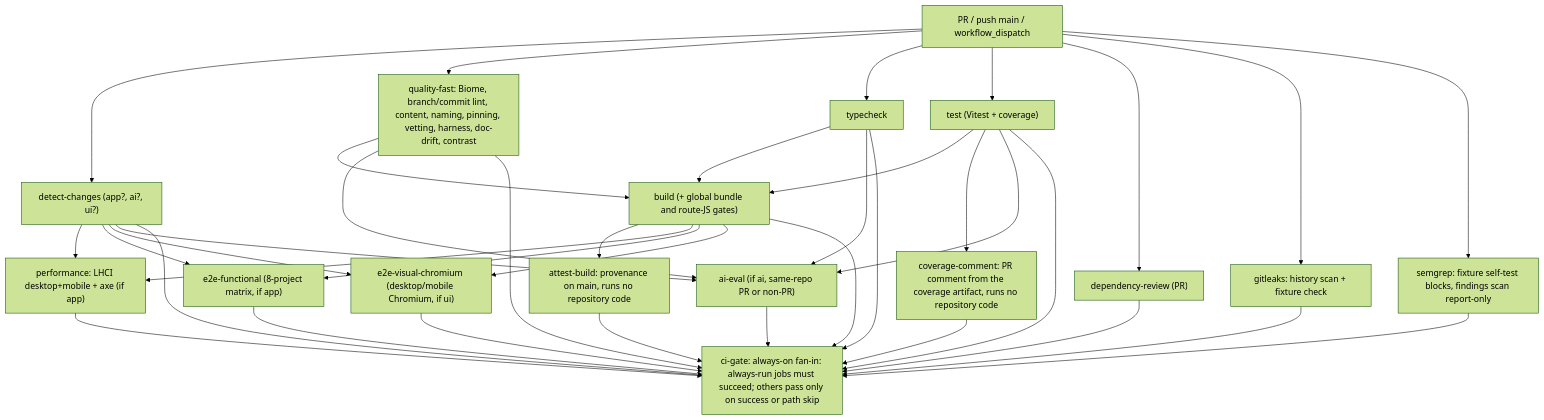
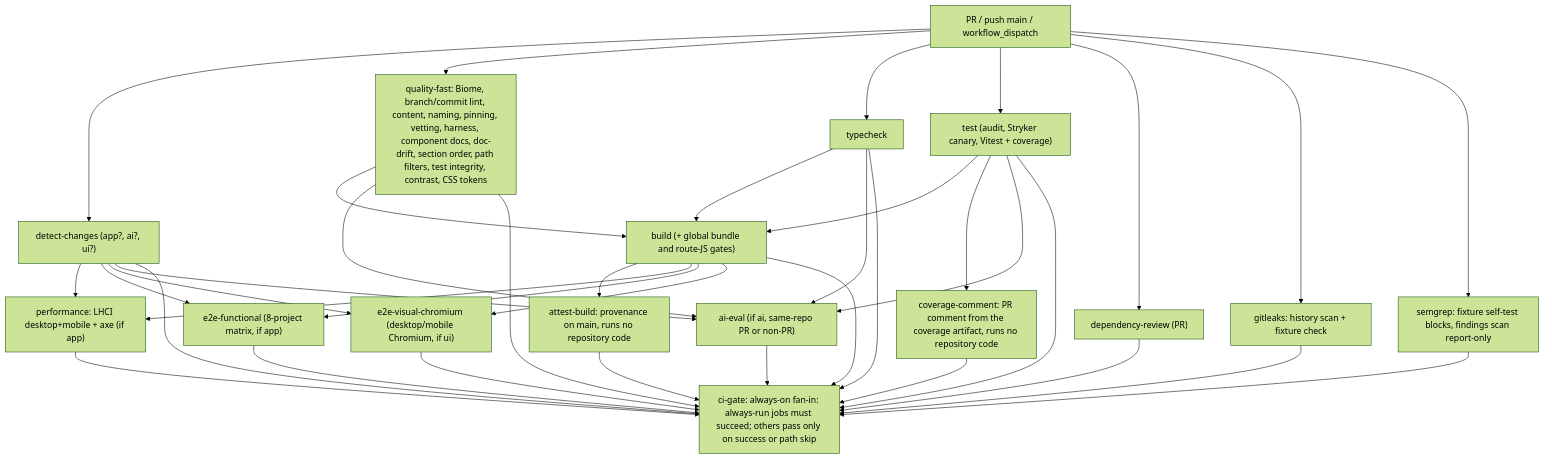
Before and after one commit to erikunha/portfolio: the third of 5 diagrams in docs/07-workflows.md, drawn with Mermaid (forest theme). The commit also changed other lines of this file and 50 other files, not shown here.

````diff
--- a/docs/07-workflows.md
+++ b/docs/07-workflows.md
@@ -144,40 +160,40 @@
 ```mermaid
 flowchart TD
     pr["PR / push main / workflow_dispatch"] --> dc["detect-changes (app?, ai?, ui?)"]
-    pr --> qf["quality-fast: Biome, branch/commit lint, content, naming, pinning, vetting, harness, doc-drift, contrast"]
+    pr --> qf["quality-fast: Biome, branch/commit lint, content, naming, pinning, vetting, harness, component docs, doc-drift, section order, path filters, test integrity, contrast, CSS tokens"]
     pr --> tc["typecheck"]
-    pr --> t["test (Vitest + coverage)"]
+    pr --> t["test (audit, Stryker canary, Vitest + coverage)"]
     pr --> dr["dependency-review (PR)"]
     qf --> b["build (+ global bundle and route-JS gates)"]
     tc --> b
     t --> b
     b --> at["attest-build: provenance on main, runs no repository code"]
     t --> cc["coverage-comment: PR comment from the coverage artifact, runs no repository code"]
     b --> perf["performance: LHCI desktop+mobile + axe (if app)"]
     b --> e2e["e2e-functional (8-project matrix, if app)"]
     b --> vis["e2e-visual-chromium (desktop/mobile Chromium, if ui)"]
     dc --> perf
     dc --> e2e
     dc --> vis
     dc --> ev["ai-eval (if ai, same-repo PR or non-PR)"]
     qf --> ev
     tc --> ev
     t --> ev
     pr --> secrets["gitleaks: history scan + fixture check"]
     secrets --> gate
     pr --> semgrep["semgrep: fixture self-test blocks, findings scan report-only"]
     semgrep --> gate
     dc --> gate
     qf --> gate
     tc --> gate
     t --> gate
     dr --> gate
     b --> gate
     at --> gate
     cc --> gate
     perf --> gate
     e2e --> gate
     vis --> gate
     ev --> gate
     gate["ci-gate: always-on fan-in: always-run jobs must succeed; others pass only on success or path skip"]
 ```
````
